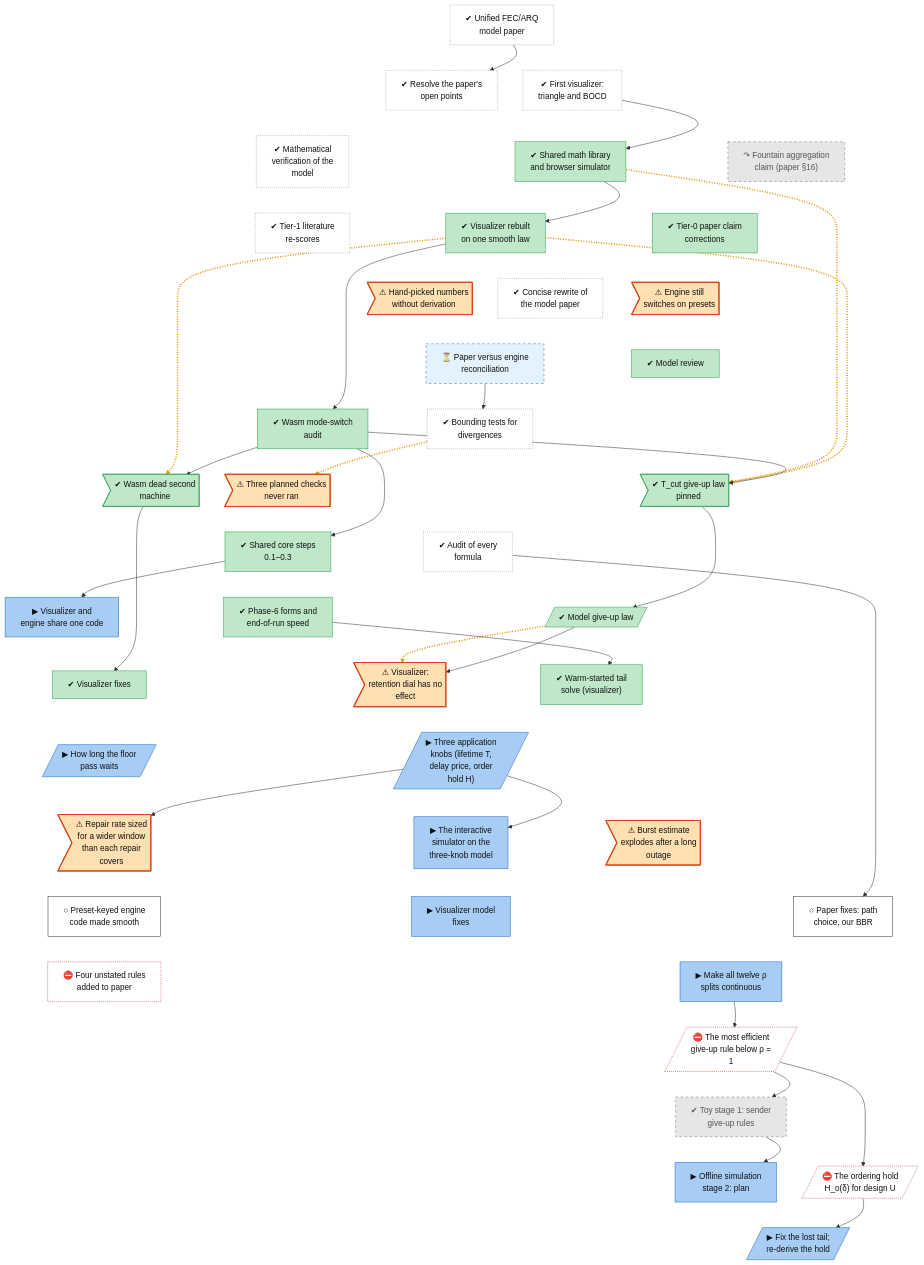
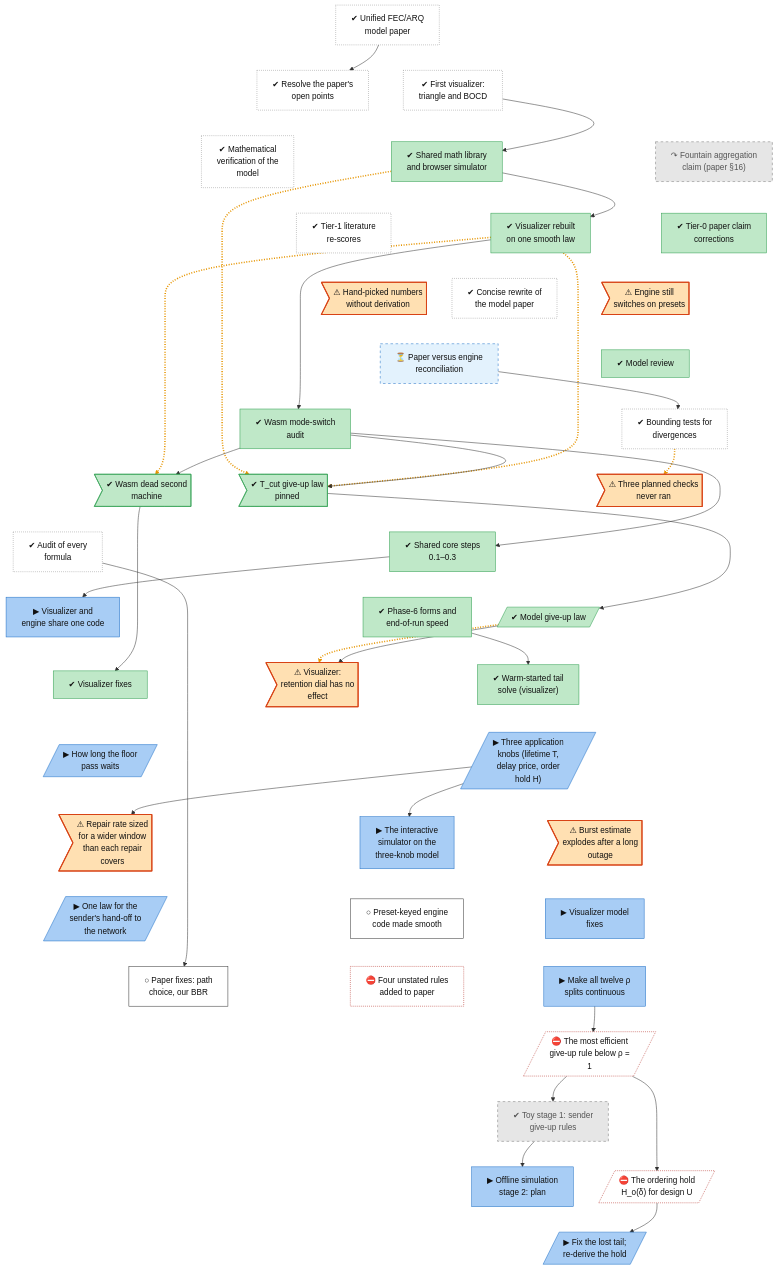
One commit to lhns/raptorpath changed the diagram in docs/roadmap/tracks/model.md. Above: the diagram before and after it, drawn with Mermaid. The commit also changed other lines of this file and 2 other files, not shown here.

Commit message:
roadmap: re-derived wait limit run (video overload fixed, mid-price law finding), engine clamp bracket, sender hand-off law node

````diff
--- a/docs/roadmap/tracks/model.md
+++ b/docs/roadmap/tracks/model.md
@@ -41,6 +41,7 @@
     model_defect_rate_vs_span>"⚠ Repair rate sized<br/>for a wider window<br/>than each repair<br/>covers"]
     model_viz_three_knobs["▶ The interactive<br/>simulator on the<br/>three-knob model"]
     model_defect_ge_after_outage>"⚠ Burst estimate<br/>explodes after a long<br/>outage"]
+    model_sender_queue_law[/"▶ One law for the<br/>sender's hand-off to<br/>the network"/]
     model_fix_hint_keyed_paths["○ Preset-keyed engine<br/>code made smooth"]
     model_wasm_fixes["▶ Visualizer model<br/>fixes"]
     model_fix_paper_p2["○ Paper fixes: path<br/>choice, our BBR"]
@@ -85,12 +86,13 @@
     model_floor_hold ~~~ model_defect_rate_vs_span
     model_three_knobs ~~~ model_viz_three_knobs
     model_three_knobs ~~~ model_defect_ge_after_outage
-    model_defect_rate_vs_span ~~~ model_fix_hint_keyed_paths
-    model_viz_three_knobs ~~~ model_wasm_fixes
-    model_defect_ge_after_outage ~~~ model_fix_paper_p2
+    model_defect_rate_vs_span ~~~ model_sender_queue_law
+    model_viz_three_knobs ~~~ model_fix_hint_keyed_paths
+    model_defect_ge_after_outage ~~~ model_wasm_fixes
+    model_sender_queue_law ~~~ model_fix_paper_p2
     model_fix_hint_keyed_paths ~~~ model_fix_paper_p3
     model_wasm_fixes ~~~ model_rho_step_sites
-    model_fix_paper_p2 ~~~ model_rho_step_sites
+    model_fix_paper_p2 ~~~ model_skip_rule_efficiency
     model_fix_paper_p3 ~~~ model_skip_rule_efficiency
     model_rho_step_sites ~~~ model_skip_rule_efficiency
     model_skip_rule_efficiency ~~~ model_toy_stage1
@@ -124,7 +126,7 @@
     model_toy_stage1 --> model_toy_stage2_plan
     model_skip_rule_efficiency --> model_ordering_hold
     model_ordering_hold --> model_tail_and_hold
-    linkStyle 49,51,52,54,61 stroke:#e69500,stroke-width:3px,stroke-dasharray:2 3
+    linkStyle 50,52,53,55,62 stroke:#e69500,stroke-width:3px,stroke-dasharray:2 3
     classDef vsucc fill:#2e9e4f,stroke:#1b6b34,color:#fff
     classDef succ fill:#bfe8c8,stroke:#2e9e4f,color:#111
     classDef mixed fill:#ffd37a,stroke:#c98a00,color:#111
@@ -144,7 +146,7 @@
     class model_s16_fountain,model_toy_stage1 dead
     class model_mode_switch_debts,model_open_constants,model_bound_tests_unrun,model_defect_rho_inert,model_defect_rate_vs_span,model_defect_ge_after_outage finding
     class model_paper_recon waiting
-    class model_shared_core,model_floor_hold,model_three_knobs,model_viz_three_knobs,model_wasm_fixes,model_rho_step_sites,model_toy_stage2_plan,model_tail_and_hold inprog
+    class model_shared_core,model_floor_hold,model_three_knobs,model_viz_three_knobs,model_sender_queue_law,model_wasm_fixes,model_rho_step_sites,model_toy_stage2_plan,model_tail_and_hold inprog
     class model_fix_hint_keyed_paths,model_fix_paper_p2 next
     class model_fix_paper_p3,model_skip_rule_efficiency,model_ordering_hold blocked
 ```
````
